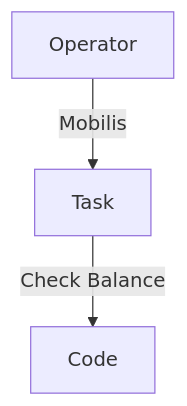
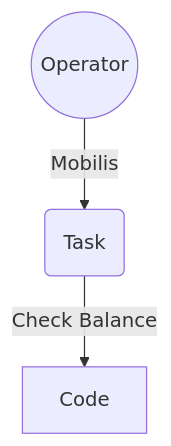
Before and after one commit to haithamaouati/DZ-SIM-Codes: the diagram in README.md, drawn with Mermaid.

````diff
--- a/README.md
+++ b/README.md
@@ -30,4 +30,4 @@
 ```mermaid
 flowchart TD;
-O[Operator]-->|Mobilis|T[Task]-->|Check Balance|C[Code];
+O((Operator))-->|Mobilis|T(Task)-->|Check Balance|C[Code];
 ```
````
